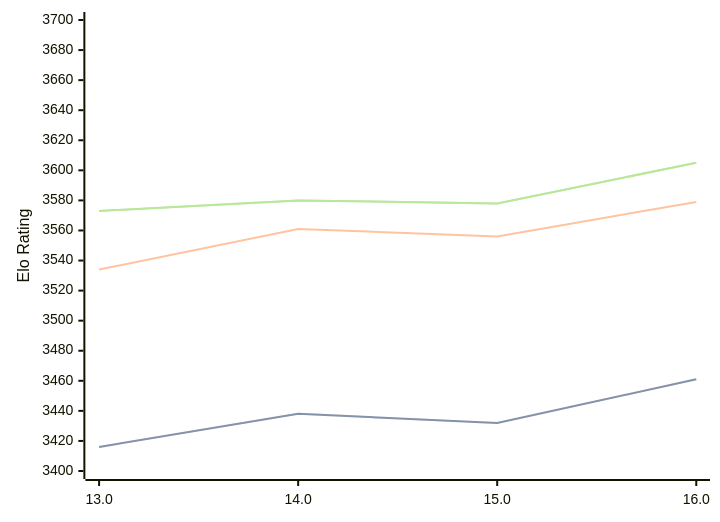
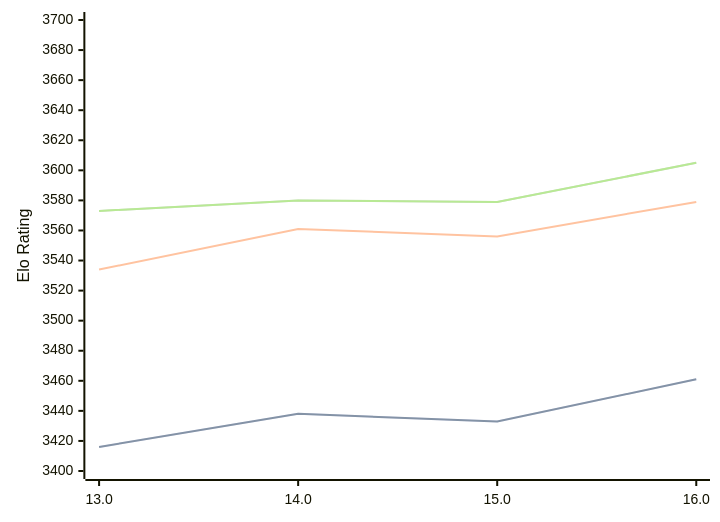
The diagram in engines/Obsidian.md (computer-chess-index/cci), drawn with Mermaid before and after one commit. The commit also changed other lines of this file, not shown here.

Commit message:
Update CCI Ratings (ELO VLTC) - 2026-04-02

````diff
--- a/engines/Obsidian.md
+++ b/engines/Obsidian.md
@@ -43,11 +43,11 @@
 ```mermaid
 %%{init: {"theme":"base","themeVariables":{"seriesColors:['#a3a3a3','#222221','#faa371']}}}%%
 xychart-beta
   x-axis ["13.0", "14.0", "15.0", "16.0"]
   y-axis "Elo Rating" 3400 --> 3700
-  line "STC (8.0+0.08s)" [3416, 3438, 3432, 3461]
-  line "STC (8.0+0.08s)" [3416, 3438, 3432, 3461]
+  line "STC (8.0+0.08s)" [3416, 3438, 3433, 3461]
+  line "STC (8.0+0.08s)" [3416, 3438, 3433, 3461]
   line "LTC (60.0+0.60s)" [3534, 3561, 3556, 3579]
-  line "VLTC (2m24s+1.12s)" [3573, 3580, 3578, 3605]
-  line "VLTC (2m24s+1.12s)" [3573, 3580, 3578, 3605]
+  line "VLTC (2m24s+1.12s)" [3573, 3580, 3579, 3605]
+  line "VLTC (2m24s+1.12s)" [3573, 3580, 3579, 3605]
 ```
````
